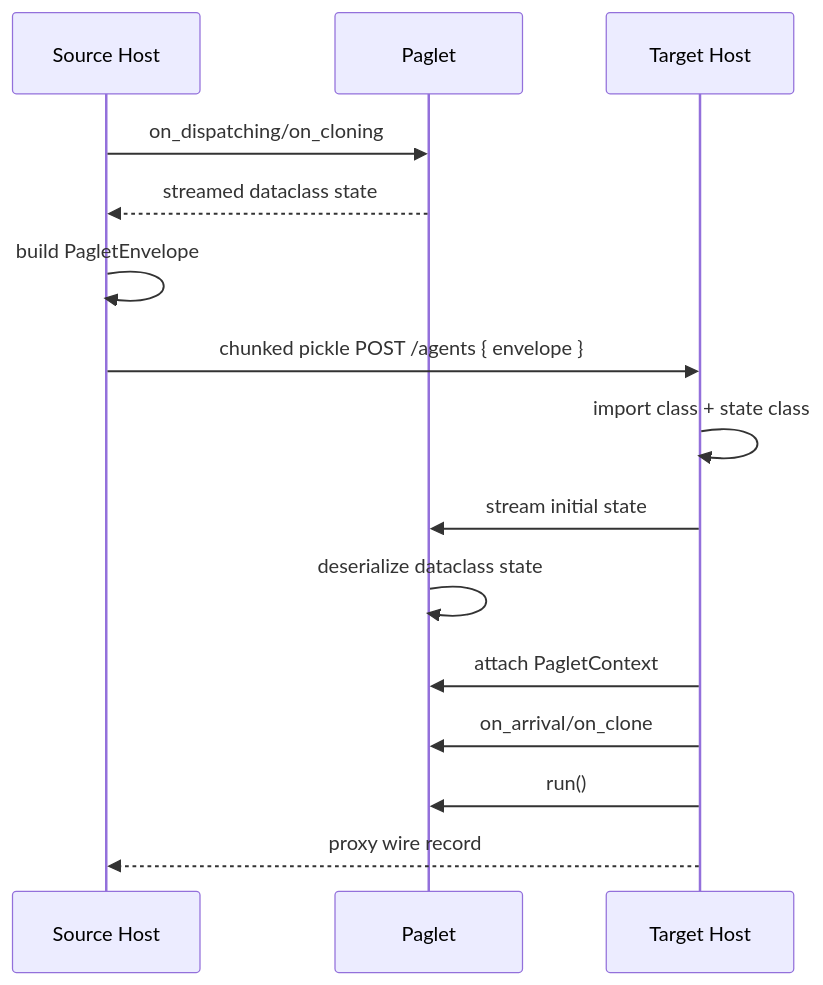
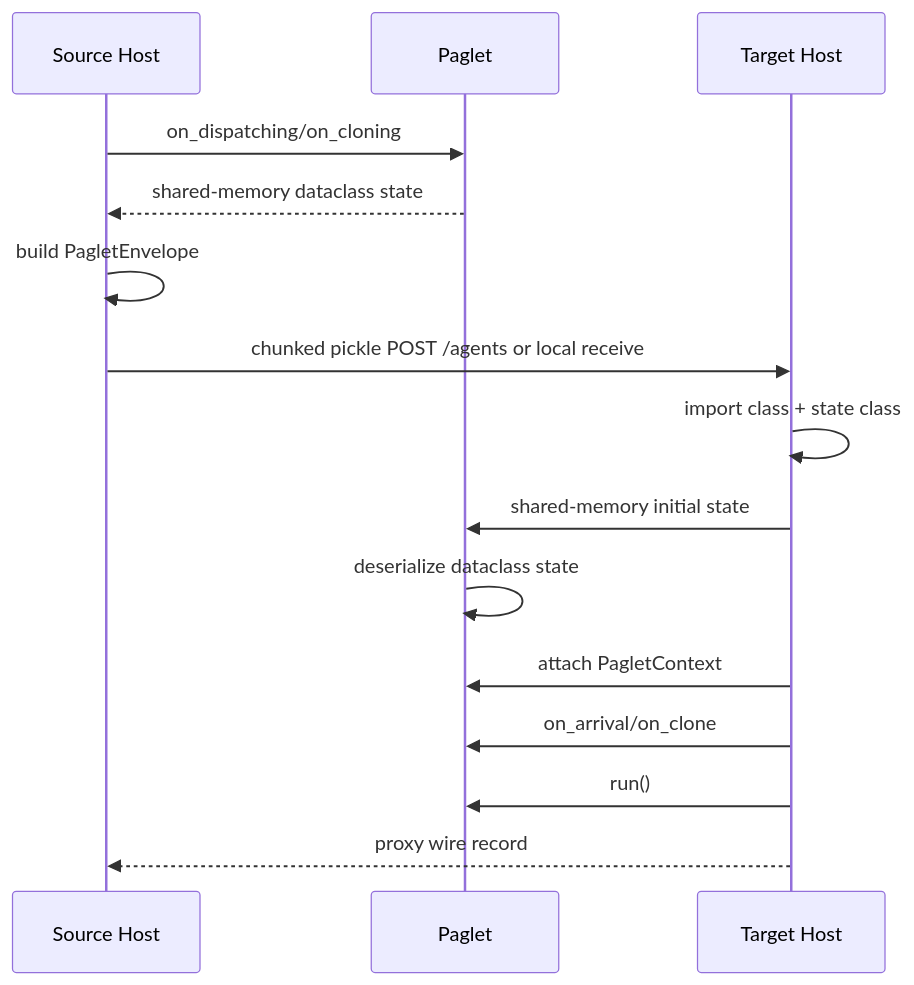
Before and after one commit to cklukas/paglets: the first of 2 diagrams in docs/internal-workings.md, drawn with Mermaid. The commit also changed other lines of this file and 7 other files, not shown here.

Commit message:
Use shared memory for local paglet transfer

````diff
--- a/docs/internal-workings.md
+++ b/docs/internal-workings.md
@@ -74,18 +77,18 @@
 ```mermaid
 sequenceDiagram
     participant A as Source Host
     participant P as Paglet
     participant B as Target Host
 
     A->>P: on_dispatching/on_cloning
-    P-->>A: streamed dataclass state
+    P-->>A: shared-memory dataclass state
     A->>A: build PagletEnvelope
-    A->>B: chunked pickle POST /agents { envelope }
+    A->>B: chunked pickle POST /agents or local receive
     B->>B: import class + state class
-    B->>P: stream initial state
+    B->>P: shared-memory initial state
     P->>P: deserialize dataclass state
     B->>P: attach PagletContext
     B->>P: on_arrival/on_clone
     B->>P: run()
     B-->>A: proxy wire record
 ```
````
